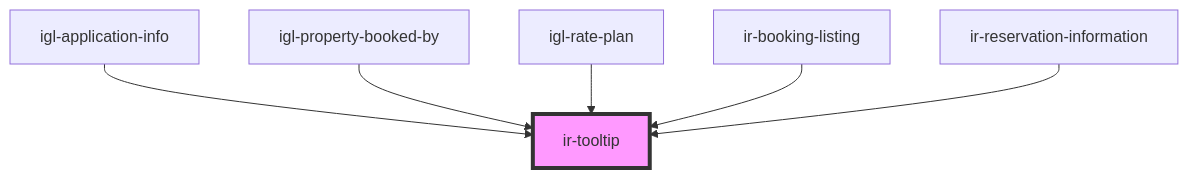
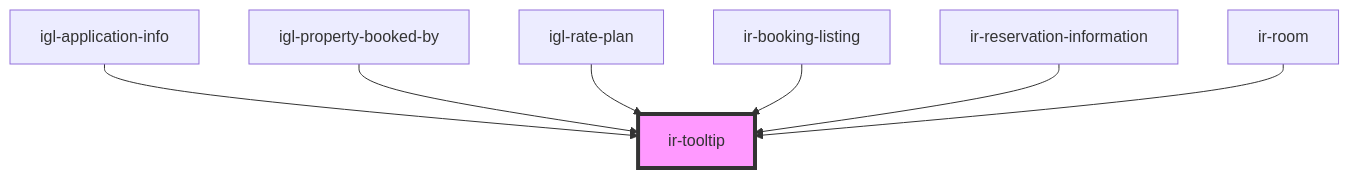
Before and after one commit to David1Chowaifaty/modified-ir-webcmp: the diagram in src/components/ir-tooltip/readme.md, drawn with Mermaid. The commit also changed other lines of this file and 28 other files, not shown here.

````diff
--- a/src/components/ir-tooltip/readme.md
+++ b/src/components/ir-tooltip/readme.md
@@ -28,9 +29,10 @@
 ```mermaid
 graph TD;
   igl-application-info --> ir-tooltip
   igl-property-booked-by --> ir-tooltip
   igl-rate-plan --> ir-tooltip
   ir-booking-listing --> ir-tooltip
   ir-reservation-information --> ir-tooltip
+  ir-room --> ir-tooltip
   style ir-tooltip fill:#f9f,stroke:#333,stroke-width:4px
 ```
````
